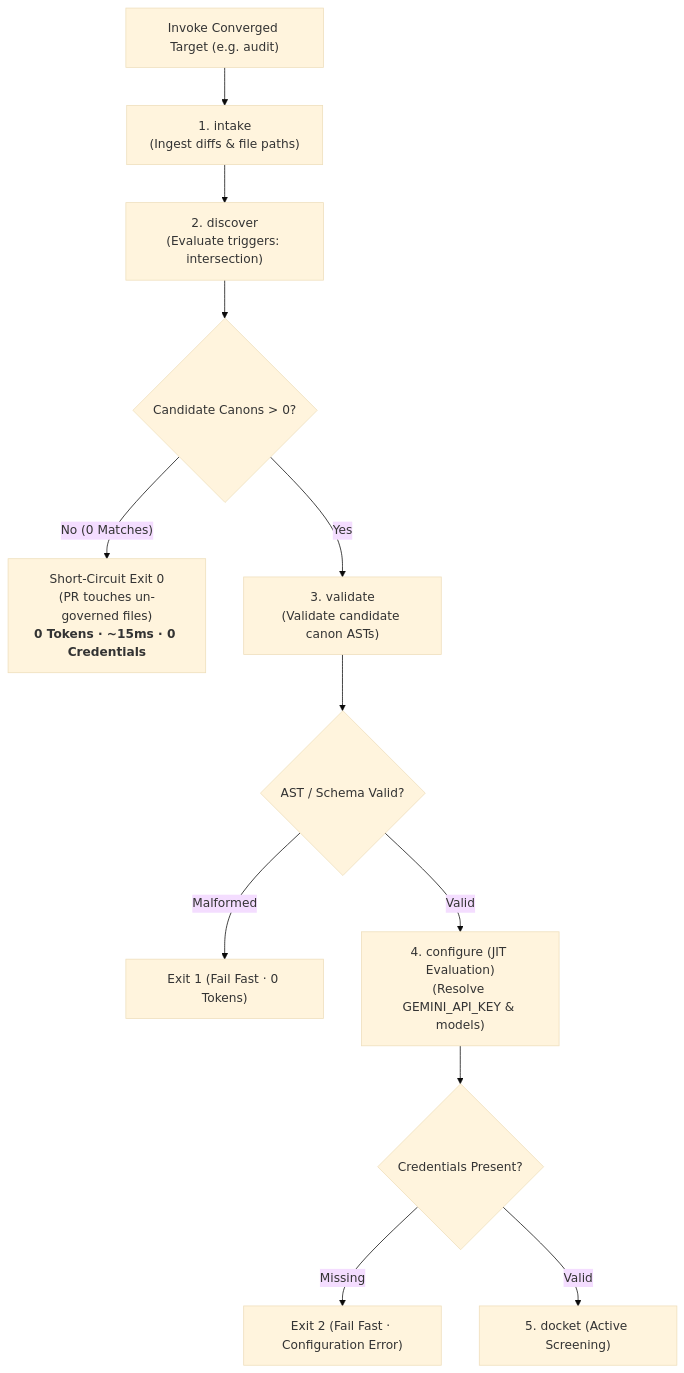
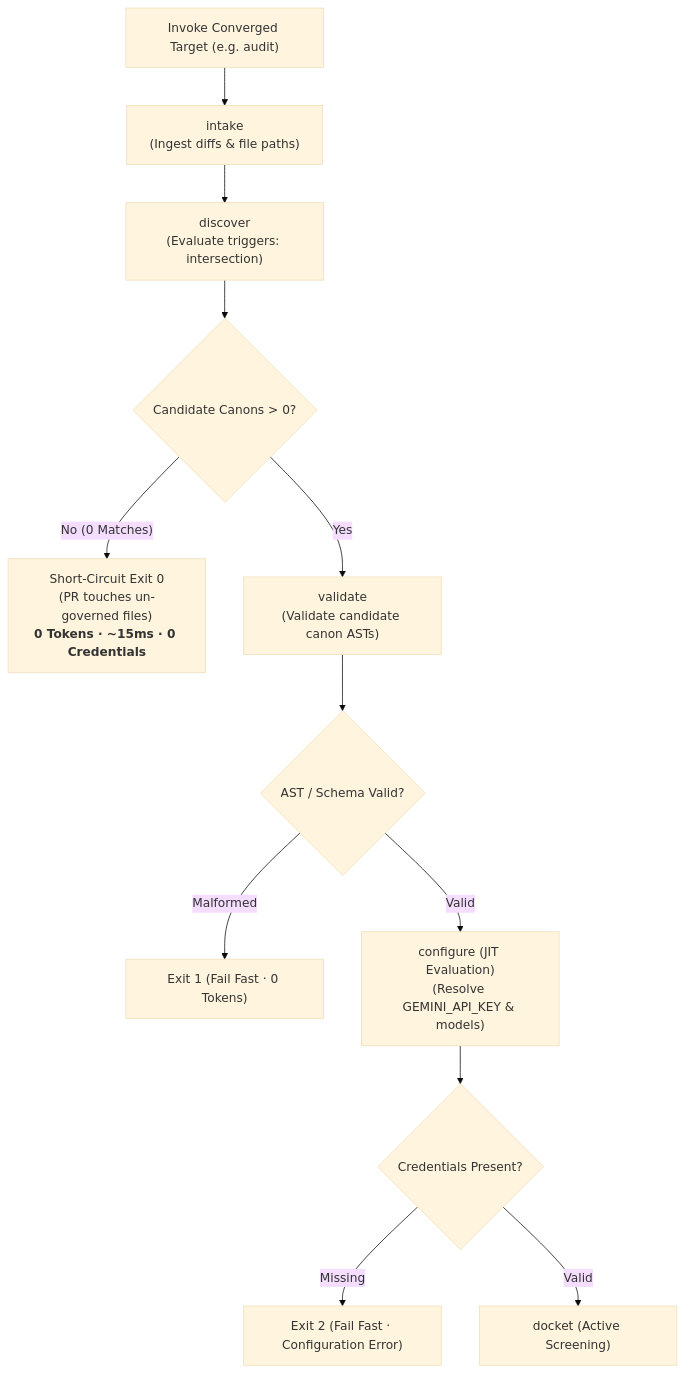
Before and after one commit to PAIR-code/canon-clerk: the diagram in docs/architecture/scheduling.md, drawn with Mermaid (base theme). The commit also changed other lines of this file and 13 other files, not shown here.

````diff
--- a/docs/architecture/scheduling.md
+++ b/docs/architecture/scheduling.md
@@ -69,17 +69,17 @@
 ```mermaid
 flowchart TD
-    Start["Invoke Converged Target (e.g. audit)"] --> S1["1. intake<br/>(Ingest diffs & file paths)"]
-    S1 --> S2["2. discover<br/>(Evaluate triggers: intersection)"]
+    Start["Invoke Converged Target (e.g. audit)"] --> S1["intake<br/>(Ingest diffs & file paths)"]
+    S1 --> S2["discover<br/>(Evaluate triggers: intersection)"]
     S2 --> Check{"Candidate Canons > 0?"}
     
     Check -- "No (0 Matches)" --> ShortCircuit["Short-Circuit Exit 0<br/>(PR touches un-governed files)<br/><b>0 Tokens · ~15ms · 0 Credentials</b>"]
-    Check -- "Yes" --> S3["3. validate<br/>(Validate candidate canon ASTs)"]
+    Check -- "Yes" --> S3["validate<br/>(Validate candidate canon ASTs)"]
     
     S3 --> SyntaxCheck{"AST / Schema Valid?"}
     SyntaxCheck -- "Malformed" --> Fail1["Exit 1 (Fail Fast · 0 Tokens)"]
-    SyntaxCheck -- "Valid" --> S4["4. configure (JIT Evaluation)<br/>(Resolve GEMINI_API_KEY & models)"]
+    SyntaxCheck -- "Valid" --> S4["configure (JIT Evaluation)<br/>(Resolve GEMINI_API_KEY & models)"]
     
     S4 --> ConfigCheck{"Credentials Present?"}
     ConfigCheck -- "Missing" --> Fail2["Exit 2 (Fail Fast · Configuration Error)"]
-    ConfigCheck -- "Valid" --> S5["5. docket (Active Screening)"]
+    ConfigCheck -- "Valid" --> S5["docket (Active Screening)"]
 ```
````
